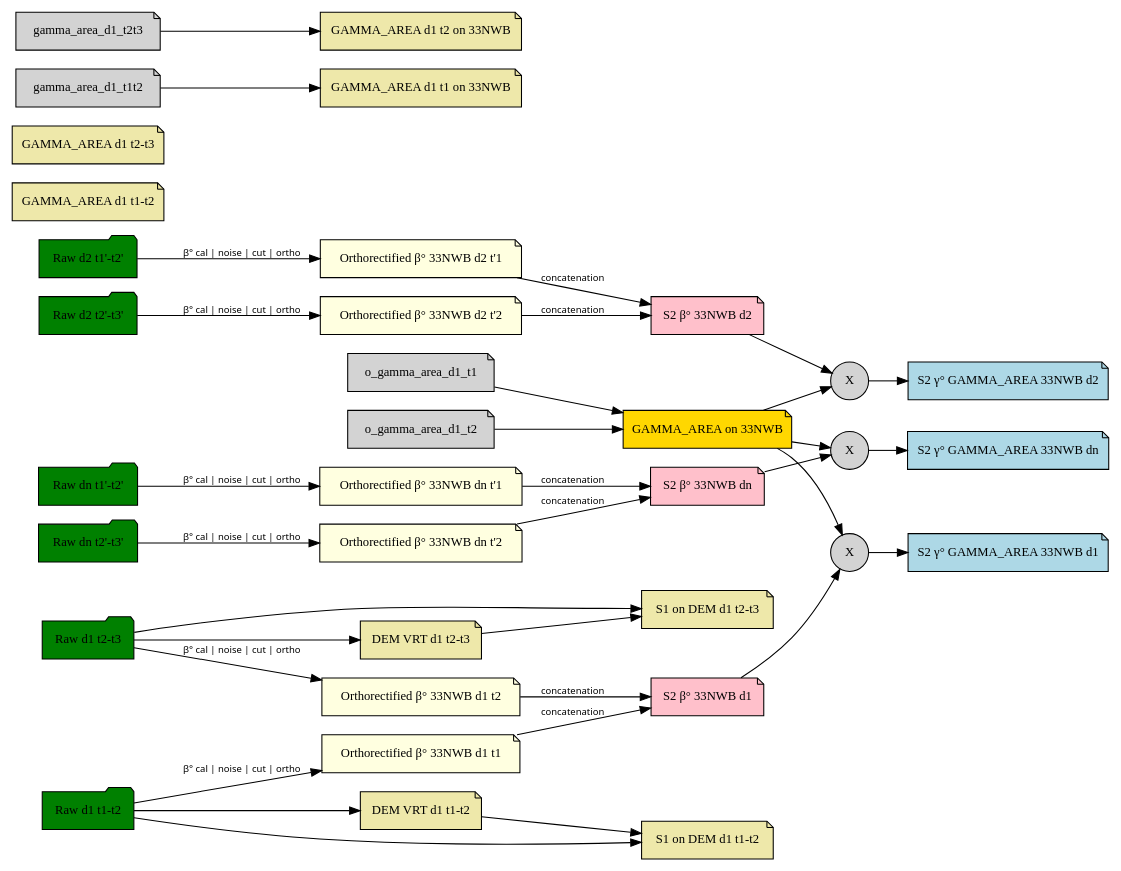
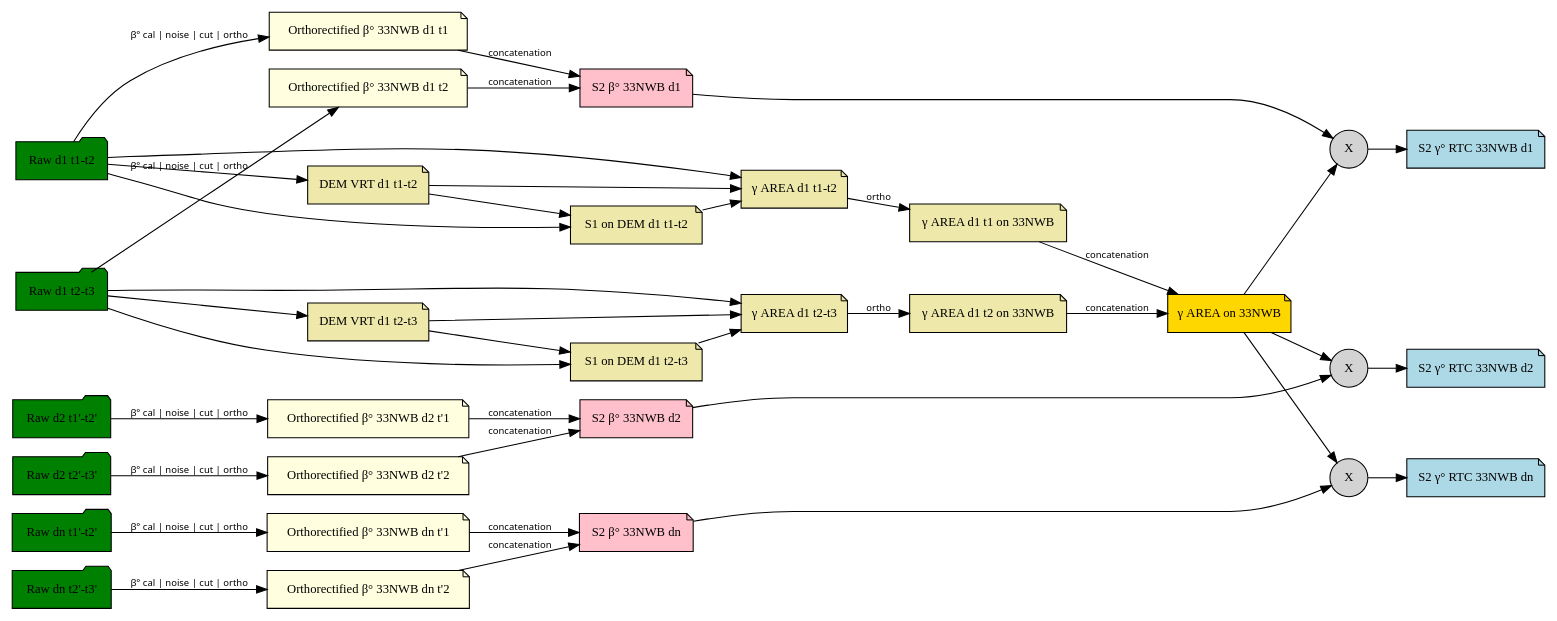
Before and after one commit to CNES/S1Tiling: the diagram in docs/dataflow-gammanaughtrtc.rst, drawn with Graphviz. The commit also changed 1 other file, not shown here.

Commit message:
DOC: Fix γ°RTC dataflow

```diff
--- a/docs/dataflow-gammanaughtrtc.rst
+++ b/docs/dataflow-gammanaughtrtc.rst
@@ -76,6 +76,6 @@
 .. graphviz::
     :name: graph_GAMMA_AREA_v1
-    :caption: Tasks for processing 33NWC and 33NWB with GammaNaughtRTC calibration -- v1.0 workflow
+    :caption: Tasks for processing 33NWC and 33NWB with GammaNaughtRTC calibration -- v1.2 workflow
     :alt: Complete task flow for processing 33NWC and 33NWB with GammaNaughtRTC calibration
     :align: center
 
@@ -135,16 +135,19 @@
          S1_on_DEM_d1_t1t2 [label="S1 on DEM d1 t1-t2", fillcolor=palegoldenrod];
          S1_on_DEM_d1_t2t3 [label="S1 on DEM d1 t2-t3", fillcolor=palegoldenrod];
 
-         lia_d1_t1t2 [label="GAMMA_AREA d1 t1-t2", fillcolor=palegoldenrod];
-         lia_d1_t2t3 [label="GAMMA_AREA d1 t2-t3", fillcolor=palegoldenrod];
+         # γ area on S1
+         gamma_area_d1_t1t2 [label="γ AREA d1 t1-t2", fillcolor=palegoldenrod];
+         gamma_area_d1_t2t3 [label="γ AREA d1 t2-t3", fillcolor=palegoldenrod];
 
-         o_lia_d1_t1 [label="GAMMA_AREA d1 t1 on 33NWB", fillcolor=palegoldenrod];
-         o_lia_d1_t2 [label="GAMMA_AREA d1 t2 on 33NWB", fillcolor=palegoldenrod];
-         nwb_gamma_area     [label="GAMMA_AREA on 33NWB", fillcolor=gold];
+         # γ area orthorectified on S2
+         o_gamma_area_d1_t1 [label="γ AREA d1 t1 on 33NWB", fillcolor=palegoldenrod];
+         o_gamma_area_d1_t2 [label="γ AREA d1 t2 on 33NWB", fillcolor=palegoldenrod];
+         # γ area concatenated a selected (best coverage)
+         nwb_gamma_area     [label="γ AREA on 33NWB", fillcolor=gold];
 
-         nwb_d1      [label="S2 γ° GAMMA_AREA 33NWB d1", fillcolor=lightblue];
-         nwb_d2      [label="S2 γ° GAMMA_AREA 33NWB d2", fillcolor=lightblue];
-         nwb_dn      [label="S2 γ° GAMMA_AREA 33NWB dn", fillcolor=lightblue];
+         nwb_d1      [label="S2 γ° RTC 33NWB d1", fillcolor=lightblue];
+         nwb_d2      [label="S2 γ° RTC 33NWB d2", fillcolor=lightblue];
+         nwb_dn      [label="S2 γ° RTC 33NWB dn", fillcolor=lightblue];
 
          mult_d1     [label="X", shape="circle"]
          mult_d2     [label="X", shape="circle"]
@@ -158,18 +161,25 @@
          raw_d1_t1t2 -> S1_on_DEM_d1_t1t2;
          raw_d1_t2t3 -> S1_on_DEM_d1_t2t3;
 
-         gamma_area_d1_t1t2 -> o_lia_d1_t1;
-         gamma_area_d1_t2t3 -> o_lia_d1_t2;
+         vrt_d1_t1t2       -> gamma_area_d1_t1t2;
+         vrt_d1_t2t3       -> gamma_area_d1_t2t3;
+         raw_d1_t1t2       -> gamma_area_d1_t1t2;
+         raw_d1_t2t3       -> gamma_area_d1_t2t3;
+         S1_on_DEM_d1_t1t2 -> gamma_area_d1_t1t2;
+         S1_on_DEM_d1_t2t3 -> gamma_area_d1_t2t3;
 
-         o_gamma_area_d1_t1 -> nwb_gamma_area;
-         o_gamma_area_d1_t2 -> nwb_gamma_area;
+         gamma_area_d1_t1t2 -> o_gamma_area_d1_t1 [label="ortho"];
+         gamma_area_d1_t2t3 -> o_gamma_area_d1_t2 [label="ortho"];
 
-         nwb_gamma_area   -> mult_d1;
-         nwb_gamma_area   -> mult_d2;
-         nwb_gamma_area   -> mult_dn;
-         nwb_d1_b0 -> mult_d1;
-         nwb_d2_b0 -> mult_d2;
-         nwb_dn_b0 -> mult_dn;
+         o_gamma_area_d1_t1 -> nwb_gamma_area [label="concatenation"];
+         o_gamma_area_d1_t2 -> nwb_gamma_area [label="concatenation"];
+
+         nwb_gamma_area -> mult_d1;
+         nwb_gamma_area -> mult_d2;
+         nwb_gamma_area -> mult_dn;
+         nwb_d1_b0      -> mult_d1;
+         nwb_d2_b0      -> mult_d2;
+         nwb_dn_b0      -> mult_dn;
 
          mult_d1 -> nwb_d1;
          mult_d2 -> nwb_d2;
```
